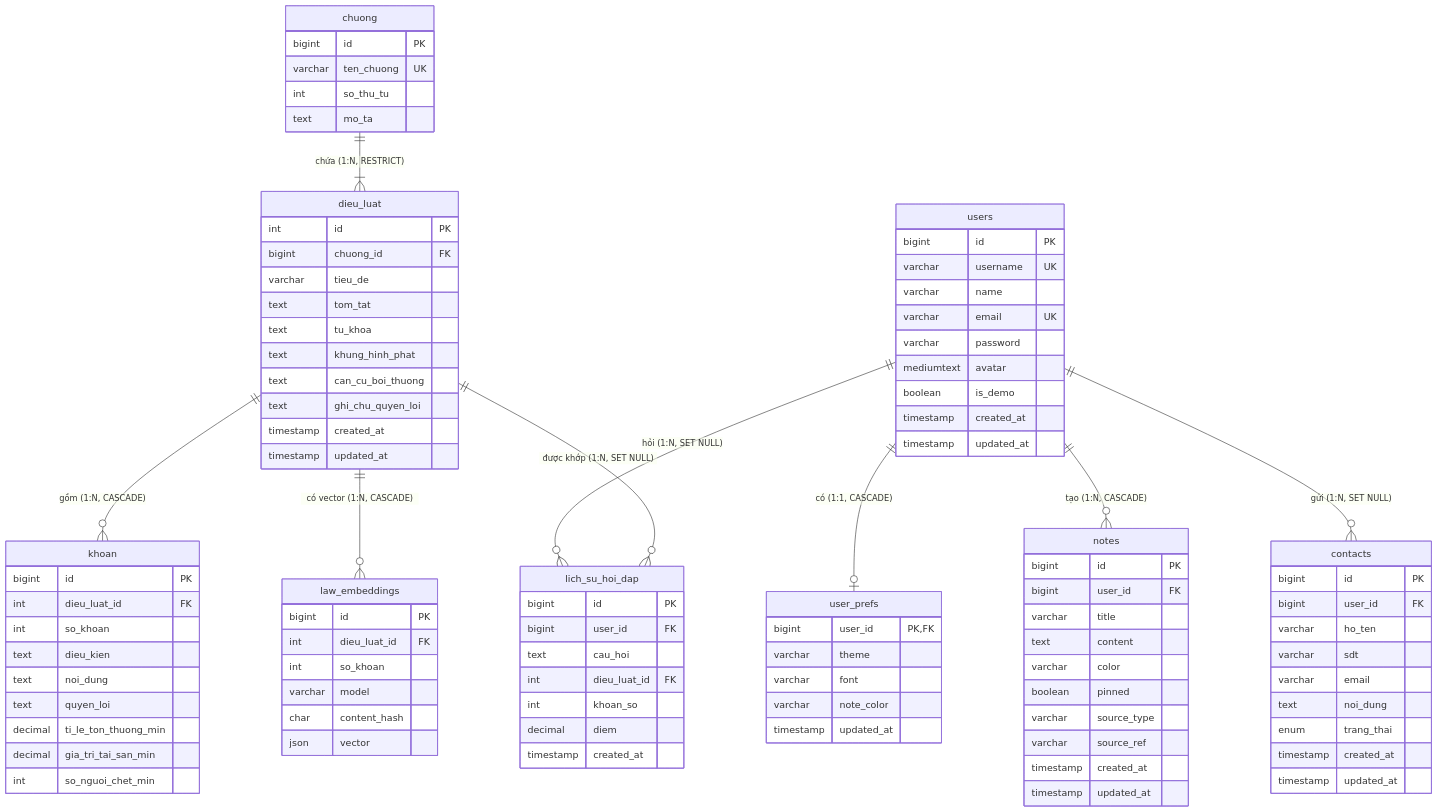
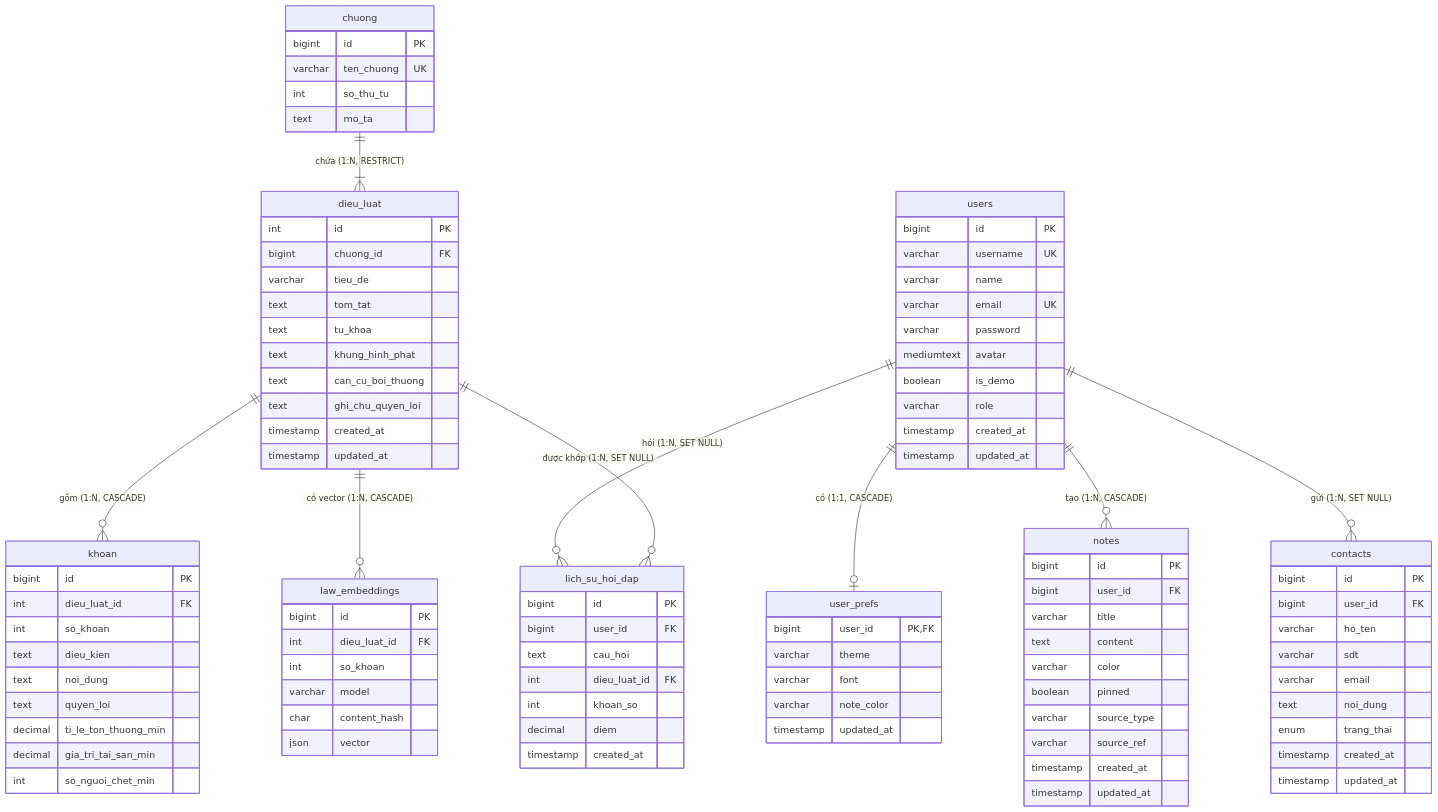
Before and after one commit to hnkhoi1/web-project: the diagram in docs/DATABASE.md, drawn with Mermaid. The commit also changed other lines of this file and 24 other files, not shown here.

```diff
--- a/docs/DATABASE.md
+++ b/docs/DATABASE.md
@@ -37,6 +37,7 @@
         varchar password
         mediumtext avatar
         boolean is_demo
+        varchar role
         timestamp created_at
         timestamp updated_at
     }
```
